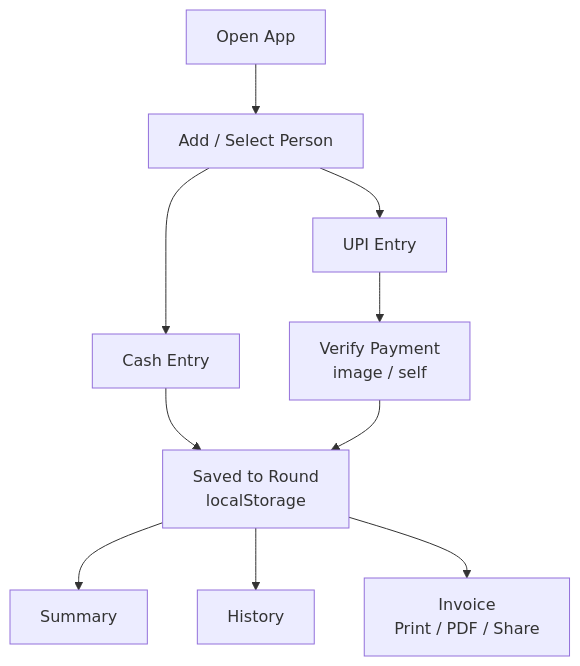
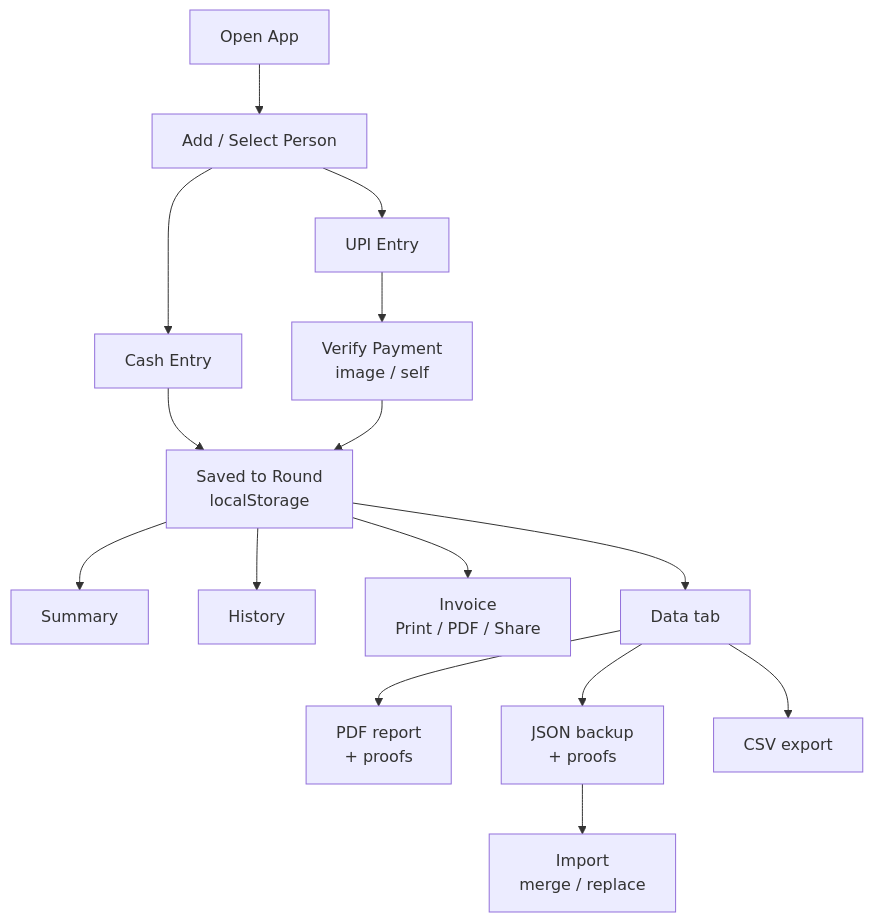
One commit to VinaySoni-IN/Collection-Sathi changed the first of 4 diagrams in README.md. Above: the diagram before and after it, drawn with Mermaid. The commit also changed other lines of this file and 2 other files, not shown here.

First line of the commit message:
Add PDF transaction report, JSON backup/import, CSV export, README overhaul

````diff
--- a/README.md
+++ b/README.md
@@ -114,12 +200,17 @@
 ```mermaid
 flowchart TD
     A[Open App] --> B[Add / Select Person]
     B --> C[Cash Entry]
     B --> D[UPI Entry]
     D --> E[Verify Payment<br/>image / self]
     C --> F[Saved to Round<br/>localStorage]
     E --> F
     F --> G[Summary]
     F --> H[History]
     F --> I[Invoice<br/>Print / PDF / Share]
+    F --> J[Data tab]
+    J --> K[PDF report<br/>+ proofs]
+    J --> L[JSON backup<br/>+ proofs]
+    J --> M[CSV export]
+    L --> N[Import<br/>merge / replace]
 ```
````
